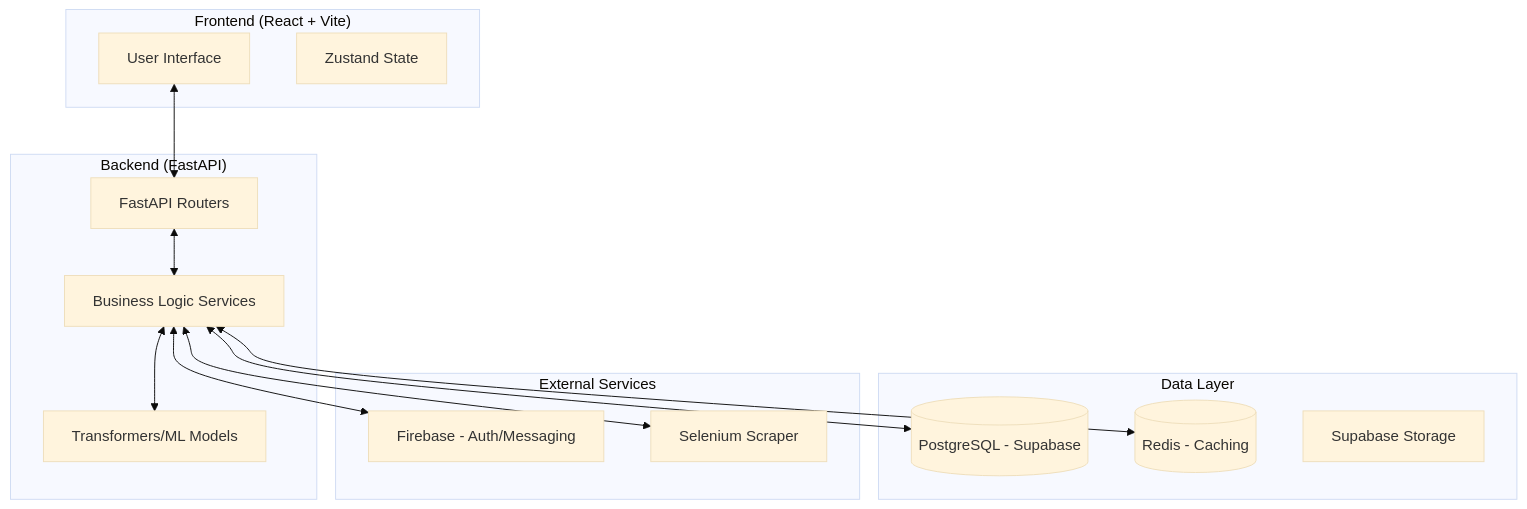
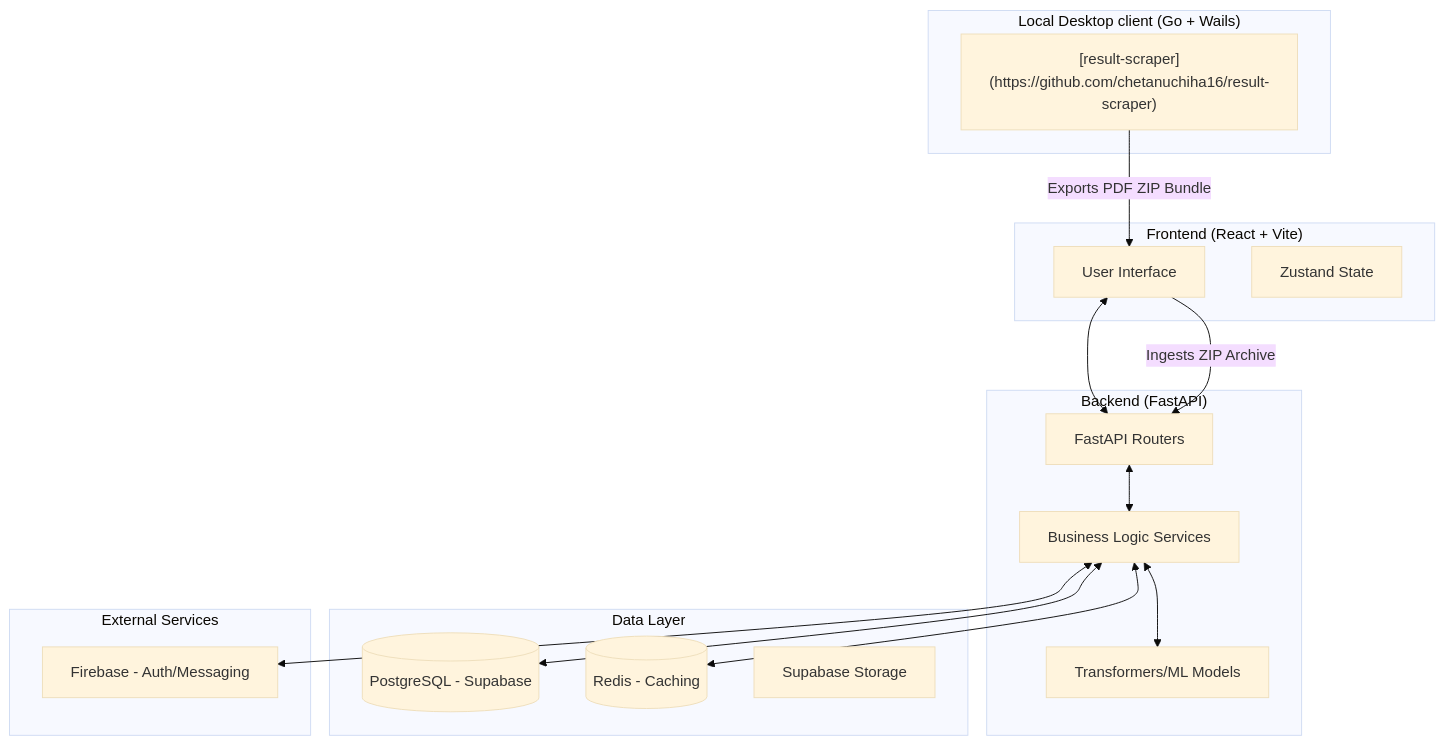
The diagram in README.md (chetanuchiha16/acatrack), drawn with Mermaid (base theme) before and after one commit. The commit also changed other lines of this file and 1 other file, not shown here.

Commit message:
refactor: remove legacy web scraper components from AdminPanel and document migration to standalone app

````diff
--- a/README.md
+++ b/README.md
@@ -12,32 +15,36 @@
 ```mermaid
 graph TD
+    subgraph Desktop ["Local Desktop client (Go + Wails)"]
+        Scraper["[result-scraper](https://github.com/chetanuchiha16/result-scraper)"]
+    end
+
     subgraph Client ["Frontend (React + Vite)"]
         UI[User Interface]
         Store[Zustand State]
     end
 
     subgraph API ["Backend (FastAPI)"]
         Router[FastAPI Routers]
         Service[Business Logic Services]
         AI_Remote[Transformers/ML Models]
     end
 
     subgraph Data ["Data Layer"]
         DB[(PostgreSQL - Supabase)]
         Cache[(Redis - Caching)]
         Files[Supabase Storage]
     end
 
     subgraph External ["External Services"]
         Firebase[Firebase - Auth/Messaging]
-        UniScraper[Selenium Scraper]
     end
 
+    Scraper -- Exports PDF ZIP Bundle --> UI
+    UI -- Ingests ZIP Archive --> Router
     UI <--> Router
     Router <--> Service
     Service <--> DB
     Service <--> Cache
     Service <--> AI_Remote
     Service <--> Firebase
-    Service <--> UniScraper
 ```
````
